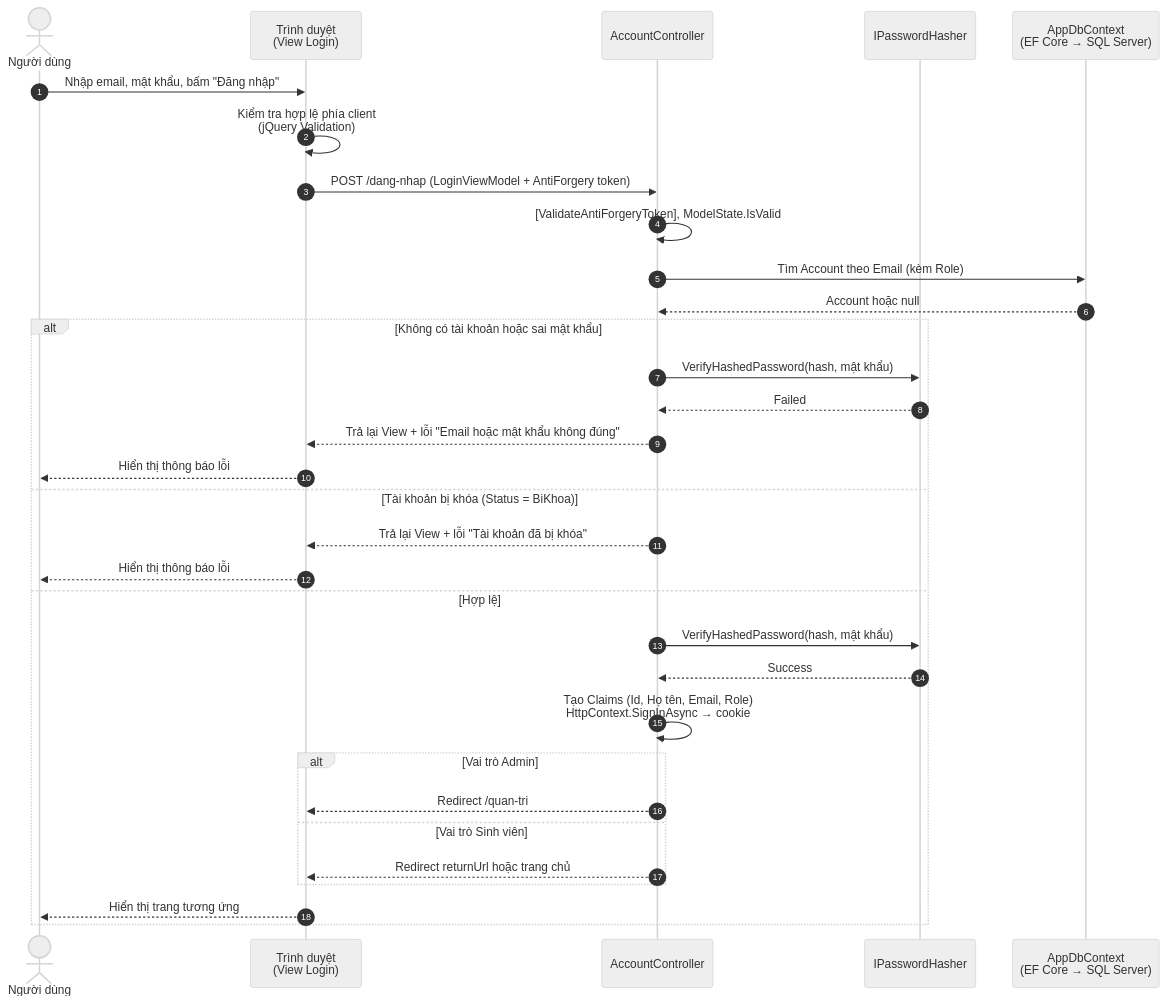
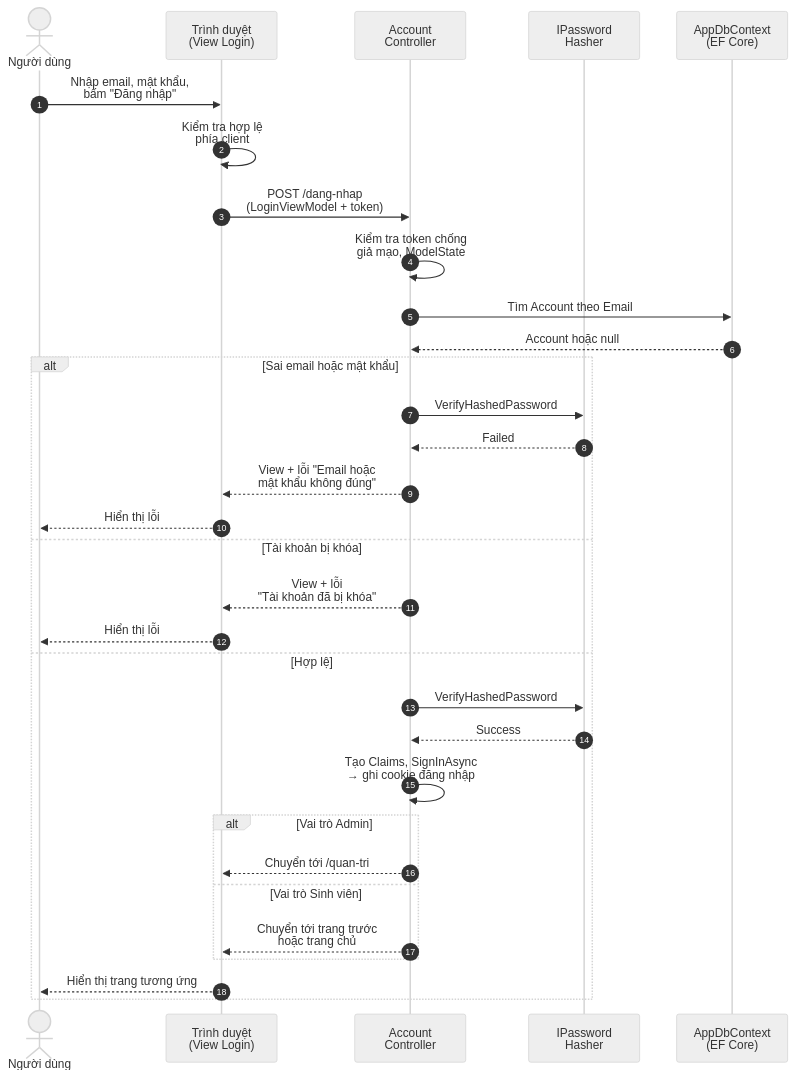
Before and after one commit to taophuong/TVU: the diagram in docs/diagrams/src/03_seq_dang_nhap.mmd, drawn with Mermaid (neutral theme). The commit also changed 17 other files, not shown here.

```diff
--- a/docs/diagrams/src/03_seq_dang_nhap.mmd
+++ b/docs/diagrams/src/03_seq_dang_nhap.mmd
@@ -1,33 +1,33 @@
 sequenceDiagram
     autonumber
     actor U as Người dùng
     participant V as Trình duyệt<br/>(View Login)
-    participant C as AccountController
-    participant H as IPasswordHasher
-    participant DB as AppDbContext<br/>(EF Core → SQL Server)
+    participant C as Account<br/>Controller
+    participant H as IPassword<br/>Hasher
+    participant DB as AppDbContext<br/>(EF Core)
 
-    U->>V: Nhập email, mật khẩu, bấm "Đăng nhập"
-    V->>V: Kiểm tra hợp lệ phía client<br/>(jQuery Validation)
-    V->>C: POST /dang-nhap (LoginViewModel + AntiForgery token)
-    C->>C: [ValidateAntiForgeryToken], ModelState.IsValid
-    C->>DB: Tìm Account theo Email (kèm Role)
+    U->>V: Nhập email, mật khẩu,<br/>bấm "Đăng nhập"
+    V->>V: Kiểm tra hợp lệ<br/>phía client
+    V->>C: POST /dang-nhap<br/>(LoginViewModel + token)
+    C->>C: Kiểm tra token chống<br/>giả mạo, ModelState
+    C->>DB: Tìm Account theo Email
     DB-->>C: Account hoặc null
-    alt Không có tài khoản hoặc sai mật khẩu
-        C->>H: VerifyHashedPassword(hash, mật khẩu)
+    alt Sai email hoặc mật khẩu
+        C->>H: VerifyHashedPassword
         H-->>C: Failed
-        C-->>V: Trả lại View + lỗi "Email hoặc mật khẩu không đúng"
-        V-->>U: Hiển thị thông báo lỗi
-    else Tài khoản bị khóa (Status = BiKhoa)
-        C-->>V: Trả lại View + lỗi "Tài khoản đã bị khóa"
-        V-->>U: Hiển thị thông báo lỗi
+        C-->>V: View + lỗi "Email hoặc<br/>mật khẩu không đúng"
+        V-->>U: Hiển thị lỗi
+    else Tài khoản bị khóa
+        C-->>V: View + lỗi<br/>"Tài khoản đã bị khóa"
+        V-->>U: Hiển thị lỗi
     else Hợp lệ
-        C->>H: VerifyHashedPassword(hash, mật khẩu)
+        C->>H: VerifyHashedPassword
         H-->>C: Success
-        C->>C: Tạo Claims (Id, Họ tên, Email, Role)<br/>HttpContext.SignInAsync → cookie
+        C->>C: Tạo Claims, SignInAsync<br/>→ ghi cookie đăng nhập
         alt Vai trò Admin
-            C-->>V: Redirect /quan-tri
+            C-->>V: Chuyển tới /quan-tri
         else Vai trò Sinh viên
-            C-->>V: Redirect returnUrl hoặc trang chủ
+            C-->>V: Chuyển tới trang trước<br/>hoặc trang chủ
         end
         V-->>U: Hiển thị trang tương ứng
     end
```
